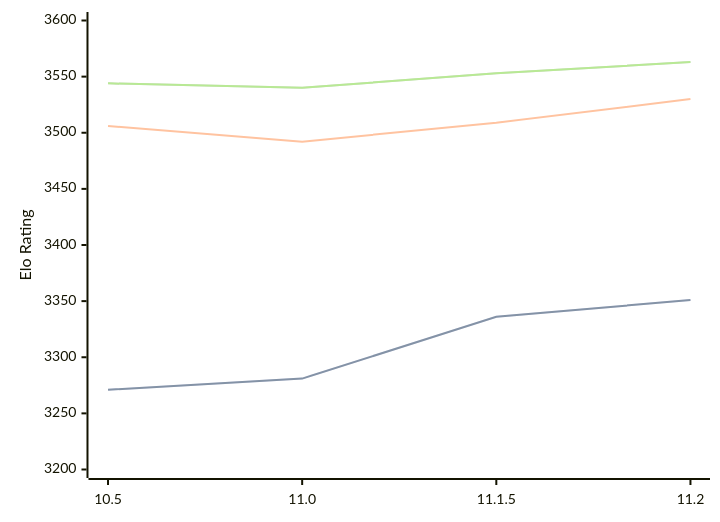
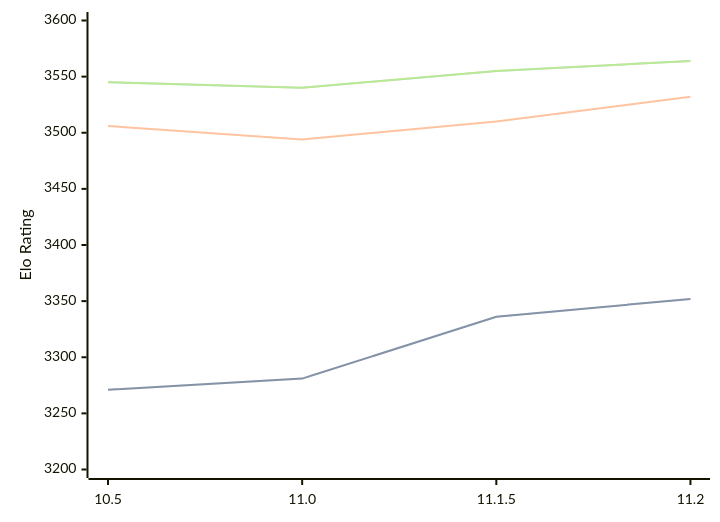
One commit to computer-chess-index/cci changed the diagram in engines/Lizard.md. Above: the diagram before and after it, drawn with Mermaid. The commit also changed other lines of this file, not shown here.

Commit message:
Update CCI Ratings (ELO VLTC) - 2026-05-14

````diff
--- a/engines/Lizard.md
+++ b/engines/Lizard.md
@@ -46,11 +46,11 @@
 ```mermaid
 %%{init: {"theme":"base","themeVariables":{"seriesColors:['#a3a3a3','#222221','#faa371']}}}%%
 xychart-beta
   x-axis ["10.5", "11.0", "11.1.5", "11.2"]
   y-axis "Elo Rating" 3200 --> 3600
-  line "STC (8.0+0.08s)" [3271, 3281, 3336, 3351]
-  line "STC (8.0+0.08s)" [3271, 3281, 3336, 3351]
-  line "LTC (60.0+0.60s)" [3506, 3492, 3509, 3530]
-  line "VLTC (2m24s+1.12s)" [3544, 3540, 3553, 3563]
-  line "VLTC (2m24s+1.12s)" [3544, 3540, 3553, 3563]
+  line "STC (8.0+0.08s)" [3271, 3281, 3336, 3352]
+  line "STC (8.0+0.08s)" [3271, 3281, 3336, 3352]
+  line "LTC (60.0+0.60s)" [3506, 3494, 3510, 3532]
+  line "VLTC (2m24s+1.12s)" [3545, 3540, 3555, 3564]
+  line "VLTC (2m24s+1.12s)" [3545, 3540, 3555, 3564]
 ```
````
